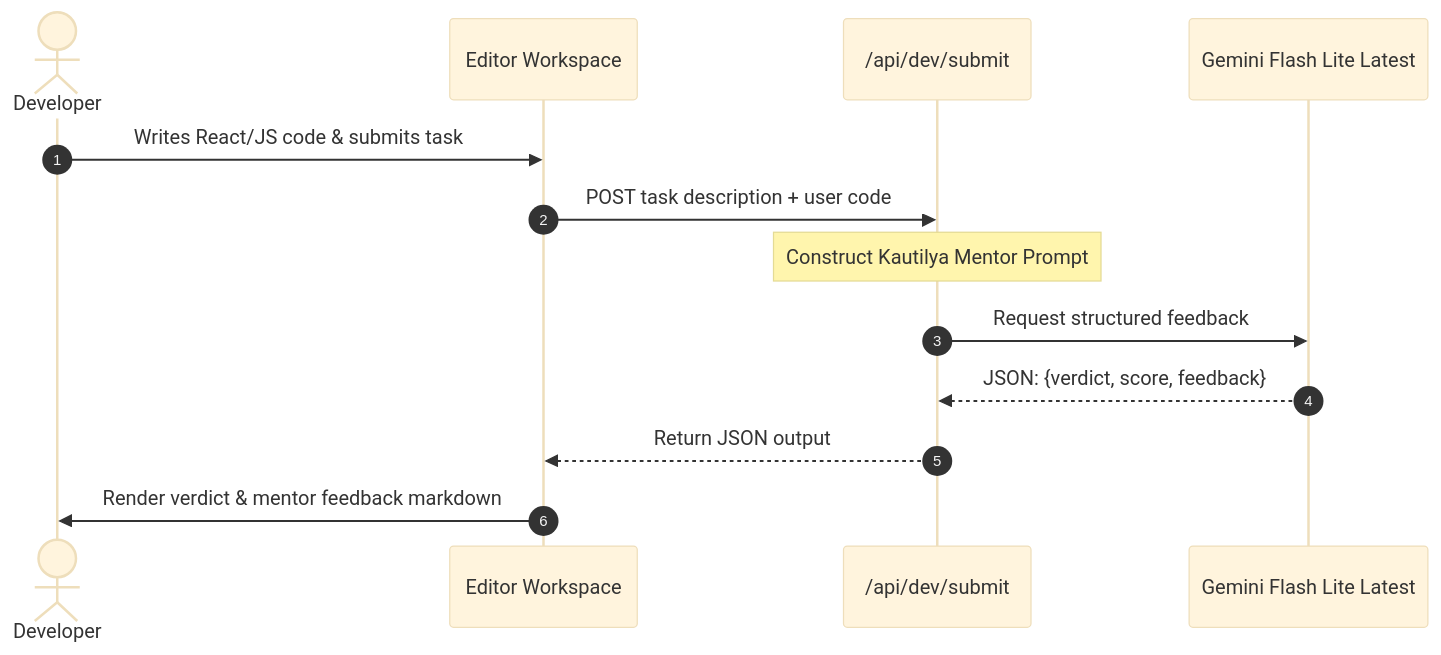
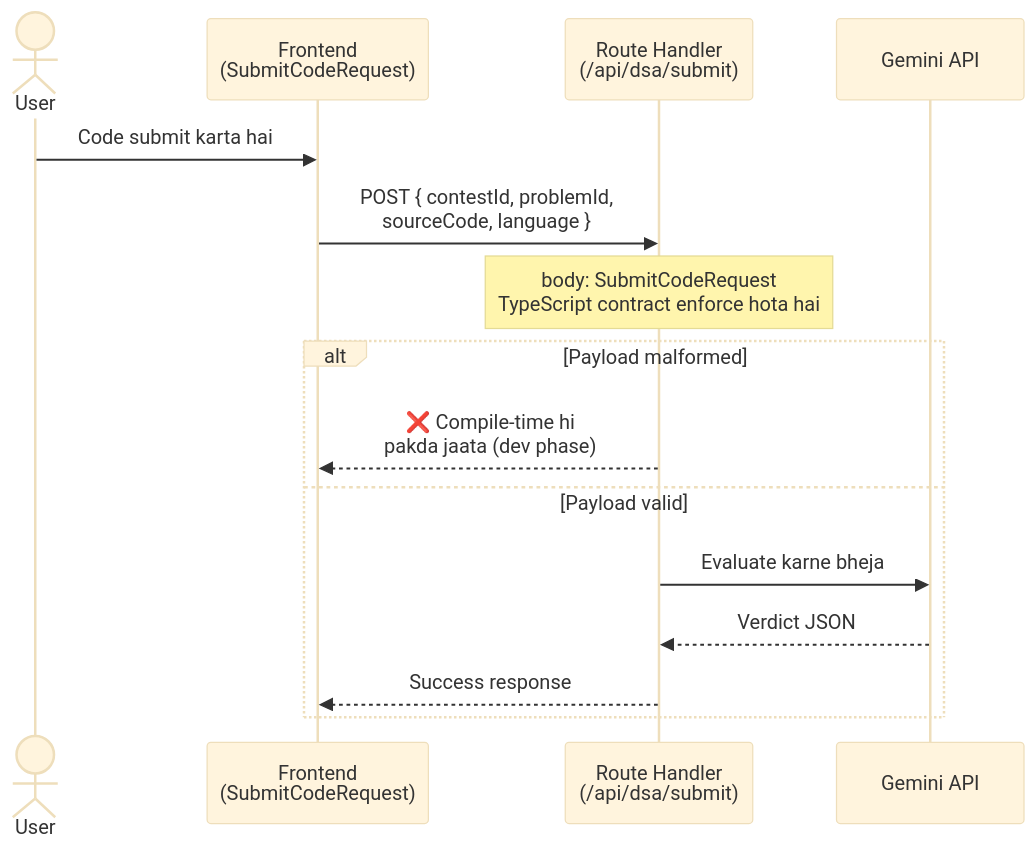
Before and after one commit to DevSars24/codeify: the fourth of 10 diagrams in README.md, drawn with Mermaid (base theme). The commit also changed other lines of this file, not shown here.

````diff
--- a/README.md
+++ b/README.md
@@ -166,16 +115,18 @@
 ```mermaid
 sequenceDiagram
-    autonumber
-    actor User as Developer
-    participant FE as Editor Workspace
-    participant API as /api/dev/submit
-    participant Gemini as Gemini Flash Lite Latest
+    actor User
+    participant FE as Frontend<br/>(SubmitCodeRequest)
+    participant API as Route Handler<br/>(/api/dsa/submit)
+    participant Gemini as Gemini API
 
-    User->>FE: Writes React/JS code & submits task
-    FE->>API: POST task description + user code
-    Note over API: Construct Kautilya Mentor Prompt
-    API->>Gemini: Request structured feedback
-    Gemini-->>API: JSON: {verdict, score, feedback}
-    API-->>FE: Return JSON output
-    FE->>User: Render verdict & mentor feedback markdown
+    User->>FE: Code submit karta hai
+    FE->>API: POST { contestId, problemId,<br/>sourceCode, language }
+    Note over API: body: SubmitCodeRequest<br/>TypeScript contract enforce hota hai
+    alt Payload malformed
+        API-->>FE: ❌ Compile-time hi<br/>pakda jaata (dev phase)
+    else Payload valid
+        API->>Gemini: Evaluate karne bheja
+        Gemini-->>API: Verdict JSON
+        API-->>FE: Success response
+    end
 ```
````
